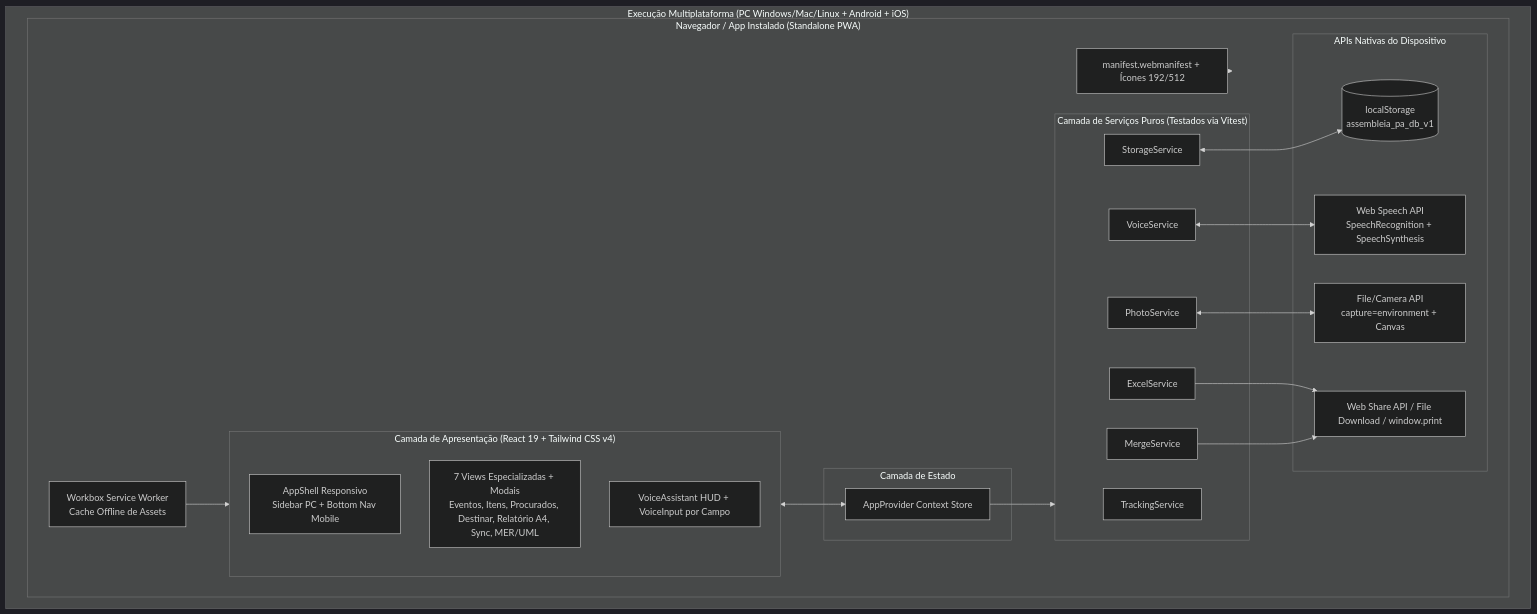
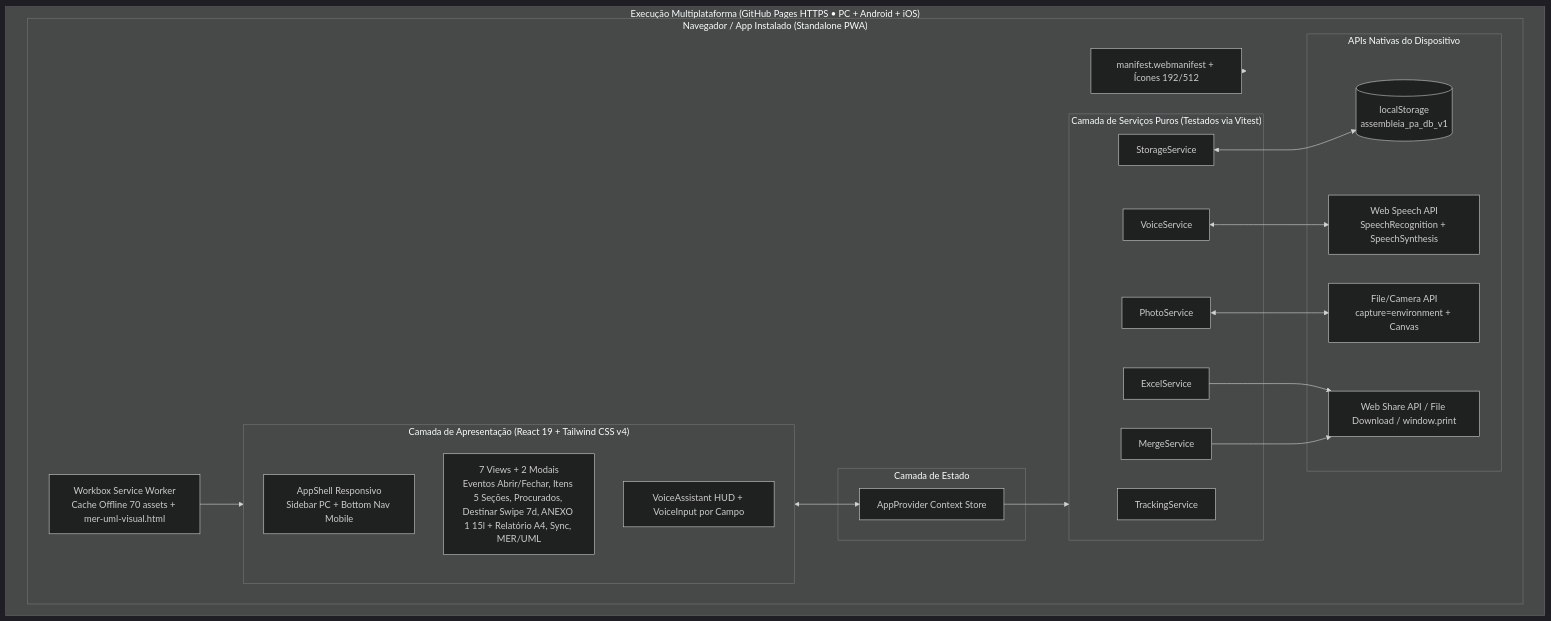
Before and after one commit to EliezerRosa/assembleia-perdidos-achados-pwa: the tenth of 10 diagrams in docs/UML.md, drawn with Mermaid (dark theme). The commit also changed other lines of this file and 5 other files, not shown here.

Commit message:
docs: atualizar MER, UML e explorador grafico com ANEXO 1 (15l), PA.txt, trava Abrir/Fechar, 5 secoes e Reverter Despacho 7d

````diff
--- a/docs/UML.md
+++ b/docs/UML.md
@@ -419,45 +429,45 @@
 ```mermaid
 flowchart TB
-    subgraph Devices ["Execução Multiplataforma (PC Windows/Mac/Linux + Android + iOS)"]
+    subgraph Devices ["Execução Multiplataforma (GitHub Pages HTTPS • PC + Android + iOS)"]
         subgraph Browser ["Navegador / App Instalado (Standalone PWA)"]
             Manifest[manifest.webmanifest + Ícones 192/512]
-            SW[Workbox Service Worker<br/>Cache Offline de Assets]
+            SW[Workbox Service Worker<br/>Cache Offline 70 assets + mer-uml-visual.html]
 
             subgraph Presentation ["Camada de Apresentação (React 19 + Tailwind CSS v4)"]
                 Shell[AppShell Responsivo<br/>Sidebar PC + Bottom Nav Mobile]
-                Views[7 Views Especializadas + Modais<br/>Eventos, Itens, Procurados, Destinar, Relatório A4, Sync, MER/UML]
+                Views[7 Views + 2 Modais<br/>Eventos Abrir/Fechar, Itens 5 Seções, Procurados, Destinar Swipe 7d, ANEXO 1 15l + Relatório A4, Sync, MER/UML]
                 VoiceUI[VoiceAssistant HUD + VoiceInput por Campo]
             end
 
             subgraph State ["Camada de Estado"]
                 Store[AppProvider Context Store]
             end
 
             subgraph DomainServices ["Camada de Serviços Puros (Testados via Vitest)"]
                 TrackSvc[TrackingService]
                 PhotoSvc[PhotoService]
                 VoiceSvc[VoiceService]
                 MergeSvc[MergeService]
                 ExcelSvc[ExcelService]
                 StorSvc[StorageService]
             end
 
             subgraph WebAPIs ["APIs Nativas do Dispositivo"]
                 LS[(localStorage<br/>assembleia_pa_db_v1)]
                 Speech[Web Speech API<br/>SpeechRecognition + SpeechSynthesis]
                 Camera[File/Camera API<br/>capture=environment + Canvas]
                 ShareAPI[Web Share API / File Download / window.print]
             end
         end
     end
 
     SW --> Presentation
     Manifest --> Browser
     Presentation <--> Store
     Store --> DomainServices
     StorSvc <--> LS
     VoiceSvc <--> Speech
     PhotoSvc <--> Camera
     MergeSvc --> ShareAPI
     ExcelSvc --> ShareAPI
 ```
````
